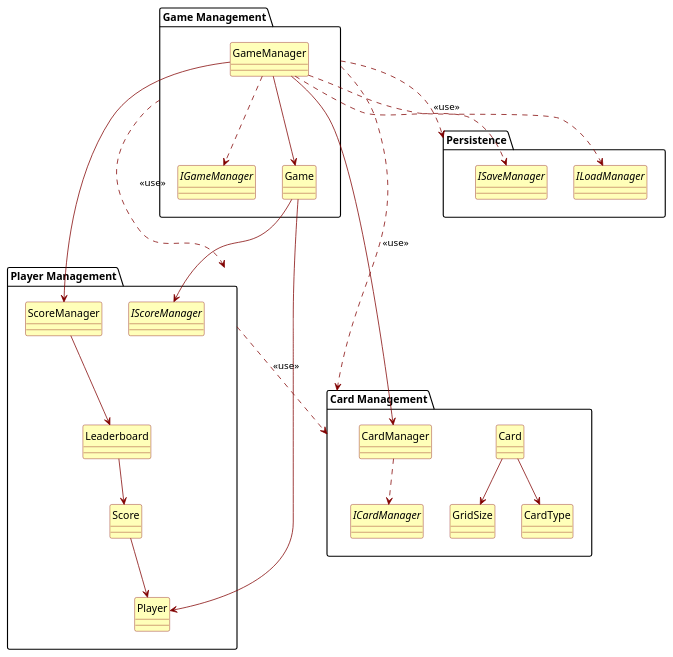
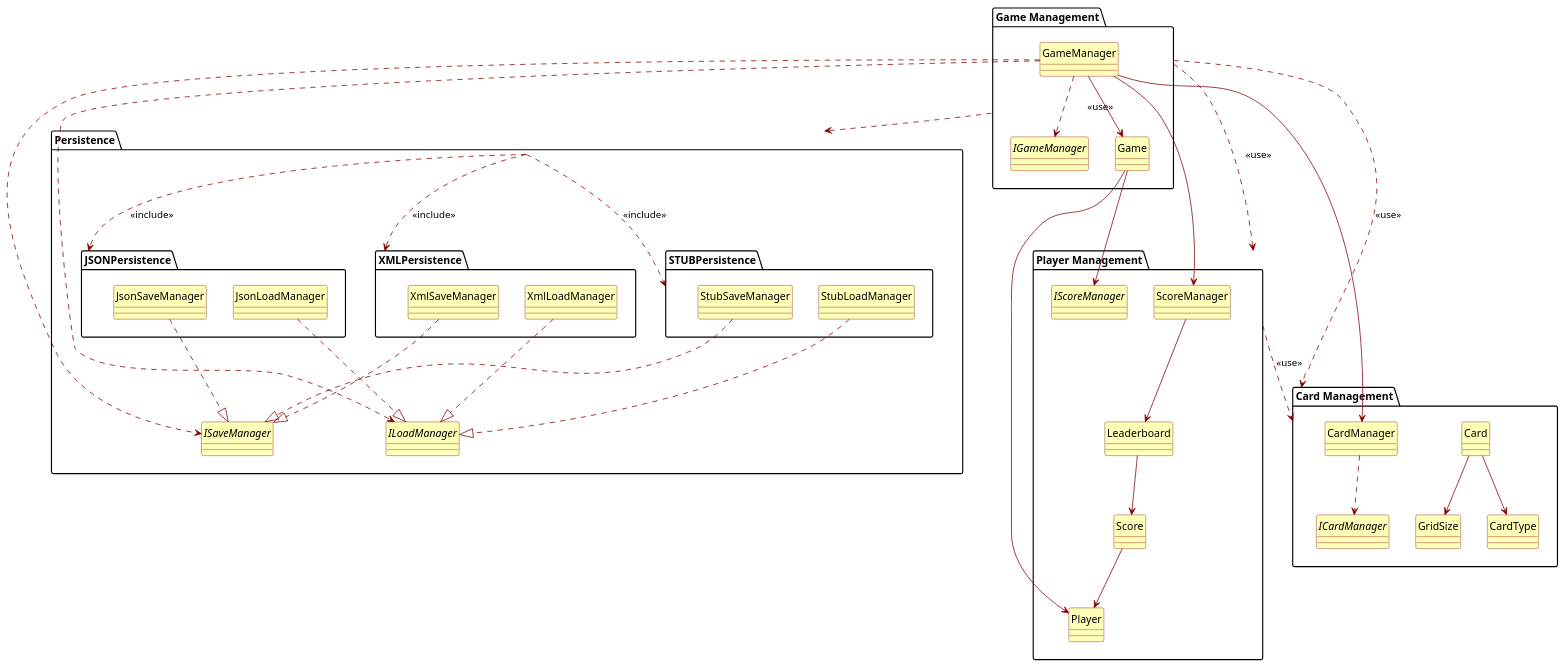
One commit to PosiTr0n505/Game-Memory changed the diagram in src/Docs/Diagrammes/paquetage.md. Above: the diagram before and after it, drawn with PlantUML. The commit also changed other lines of this file, not shown here.

````diff
--- a/src/Docs/Diagrammes/paquetage.md
+++ b/src/Docs/Diagrammes/paquetage.md
@@ -35,7 +35,32 @@
 package "Persistence" {
     interface ISaveManager
     interface ILoadManager
+
+    package "JSONPersistence" {
+        class JsonSaveManager
+        class JsonLoadManager
+    }
+
+    package "XMLPersistence" {
+        class XmlSaveManager
+        class XmlLoadManager
+    }
+
+    package "STUBPersistence" {
+        class StubSaveManager
+        class StubLoadManager
+    }
 }
+
+JsonSaveManager ..|> ISaveManager
+JsonLoadManager ..|> ILoadManager
+
+XmlSaveManager ..|> ISaveManager
+XmlLoadManager ..|> ILoadManager
+
+StubSaveManager ..|> ISaveManager
+StubLoadManager ..|> ILoadManager
+
 
 ' Dépendances internes aux classes
 GameManager --> Game
@@ -61,4 +86,8 @@
 "Game Management" ..> "Card Management" : <<use>>
 "Game Management" ..> "Persistence" : <<use>>
 "Player Management" ..> "Card Management" : <<use>>
+"Persistence" ..> "JSONPersistence" : <<include>>
+"Persistence" ..> "XMLPersistence" : <<include>>
+"Persistence" ..> "STUBPersistence" : <<include>>
+
 ```
````
